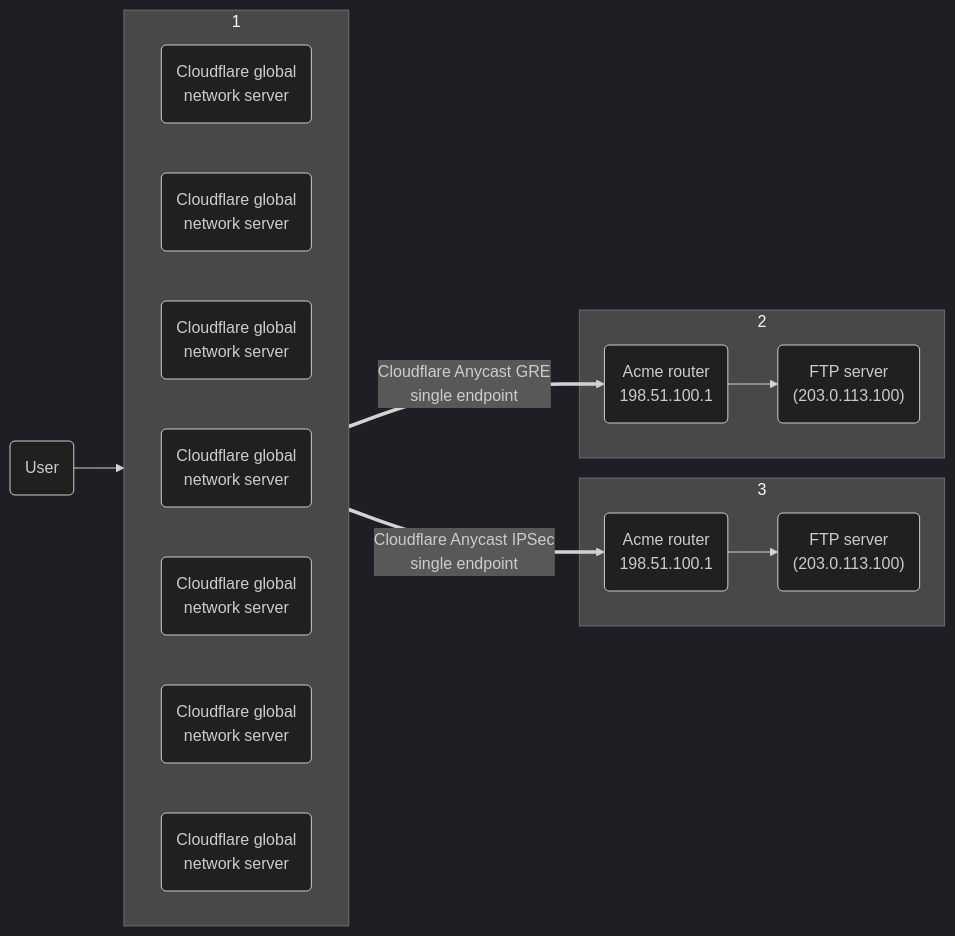
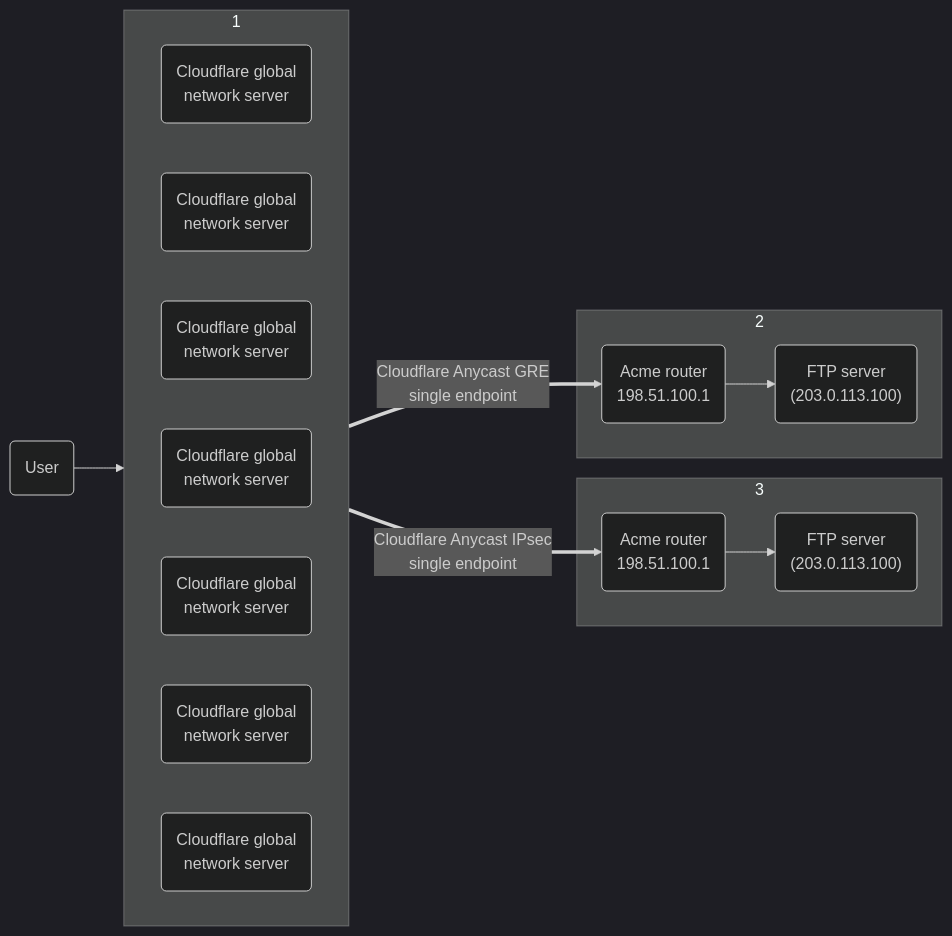
The second of 2 diagrams in content/magic-transit/_partials/_tunnels-encapsulation-opening.md (rdhanarot/cloudflare-docs), drawn with Mermaid (dark theme) before and after one commit. The commit also changed 8 other files, not shown here.

First line of the commit message:
[MWAN, MT] Corrected ipsec endpoint url (#10427)

````diff
--- a/content/magic-transit/_partials/_tunnels-encapsulation-opening.md
+++ b/content/magic-transit/_partials/_tunnels-encapsulation-opening.md
@@ -49,32 +49,32 @@
 ```mermaid
 flowchart LR
 accTitle: Anycast tunnel
 accDescr: Multiple servers in data center preparing packets to send through Anycast tunnel.
 
 a(User)
 
 subgraph 1
 direction LR
 b(Cloudflare global <br> network server)
 c(Cloudflare global <br> network server)
 d(Cloudflare global <br> network server)
 e(Cloudflare global <br> network server)
 f(Cloudflare global <br> network server)
 g(Cloudflare global <br> network server)
 h(Cloudflare global <br> network server)
 end
 
 subgraph 2
 i("Acme router <br> 198.51.100.1")
 j("FTP server <br> (203.0.113.100)")
 end
 
 subgraph 3
 x("Acme router <br> 198.51.100.1")
 z("FTP server <br> (203.0.113.100)")
 end
 
 a --> 1== Cloudflare Anycast GRE <br> single endpoint ==>i --> j
 
-1== Cloudflare Anycast IPSec <br> single endpoint ==>x --> z
+1== Cloudflare Anycast IPsec <br> single endpoint ==>x --> z
 ```
````
